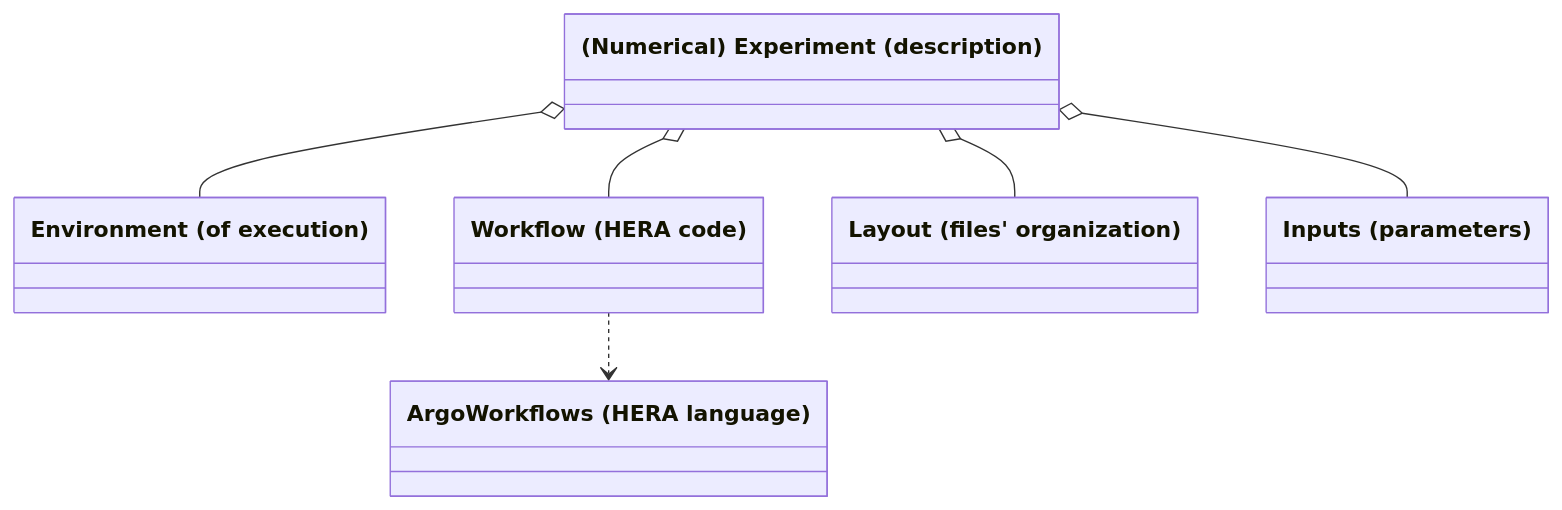
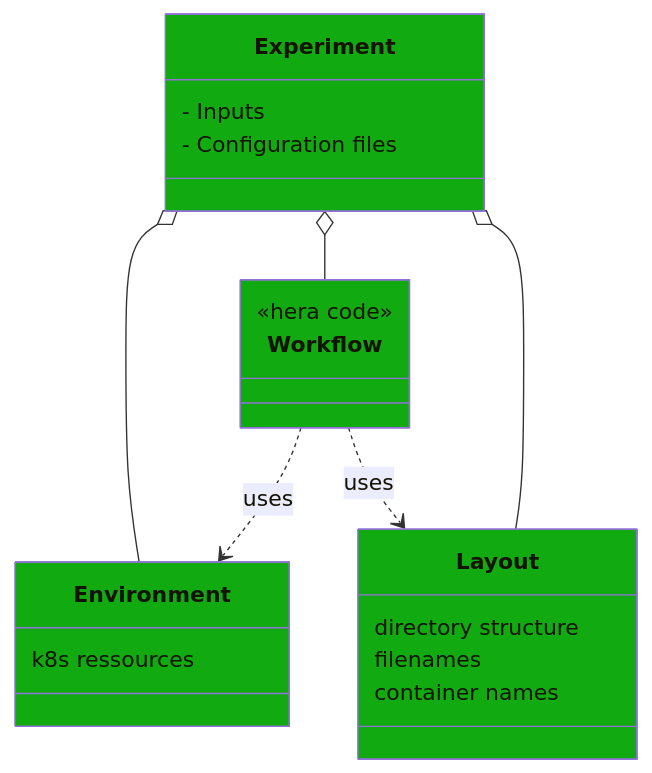
The first of 3 diagrams in README.md (VCityTeam/hera_k8s_utils), drawn with Mermaid before and after one commit. The commit also changed other lines of this file and 6 other files, not shown here.

````diff
--- a/README.md
+++ b/README.md
@@ -41,14 +39,31 @@
 ```mermaid
 classDiagram
-class Experimentation["(Numerical) Experiment (description)"]
-class Environment["Environment (of execution)"]
-class Workflow["Workflow (HERA code)"]
-class WorkflowLanguage["ArgoWorkflows (HERA language)"]
-class Layout["Layout (files' organization)"]
-class Inputs["Inputs (parameters)"]
-Experimentation o-- Workflow
-Workflow ..> WorkflowLanguage
-Experimentation o-- Layout
-Experimentation o-- Inputs
-Experimentation o-- Environment
+class Experiment {
+    - Inputs
+    - Configuration files
+}
+style Experiment fill:#1a1
+
+class Environment {
+    k8s ressources
+}
+style Environment fill:#1a1
+
+class Workflow {
+    <<hera code>>
+}
+style Workflow fill:#1a1
+
+class Layout {
+    directory structure
+    filenames
+    container names
+}
+style Layout fill:#1a1
+
+Experiment o-- Environment
+Workflow ..> Environment : uses
+Experiment o-- Workflow
+Workflow ..> Layout : uses
+Experiment o-- Layout
 ```
````
